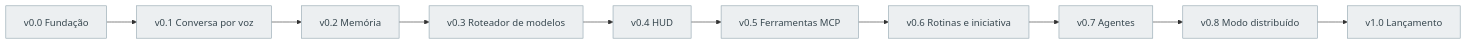
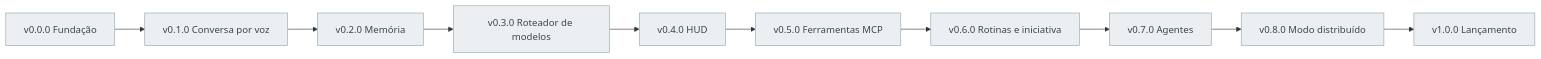
The second of 4 diagrams in docs/MAPA_MENTAL.md (Gabitoprof/Nora), drawn with Mermaid before and after one commit. The commit also changed other lines of this file and 3 other files, not shown here.

First line of the commit message:
docs: switch roadmap to three-part semantic versions

````diff
--- a/docs/MAPA_MENTAL.md
+++ b/docs/MAPA_MENTAL.md
@@ -89,16 +91,16 @@
 ```mermaid
 flowchart LR
-  v00["v0.0 Fundação"]:::pend --> v01["v0.1 Conversa por voz"]:::pend
-  v01 --> v02["v0.2 Memória"]:::pend
-  v02 --> v03["v0.3 Roteador de modelos"]:::pend
-  v03 --> v04["v0.4 HUD"]:::pend
-  v04 --> v05["v0.5 Ferramentas MCP"]:::pend
-  v05 --> v06["v0.6 Rotinas e iniciativa"]:::pend
-  v06 --> v07["v0.7 Agentes"]:::pend
-  v07 --> v08["v0.8 Modo distribuído"]:::pend
-  v08 --> v10["v1.0 Lançamento"]:::pend
+  v00["v0.0.0 Fundação"]:::pend --> v01["v0.1.0 Conversa por voz"]:::pend
+  v01 --> v02["v0.2.0 Memória"]:::pend
+  v02 --> v03["v0.3.0 Roteador de modelos"]:::pend
+  v03 --> v04["v0.4.0 HUD"]:::pend
+  v04 --> v05["v0.5.0 Ferramentas MCP"]:::pend
+  v05 --> v06["v0.6.0 Rotinas e iniciativa"]:::pend
+  v06 --> v07["v0.7.0 Agentes"]:::pend
+  v07 --> v08["v0.8.0 Modo distribuído"]:::pend
+  v08 --> v10["v1.0.0 Lançamento"]:::pend
 
   classDef done fill:#2e7d32,stroke:#1b5e20,color:#fff
   classDef doing fill:#f9a825,stroke:#f57f17,color:#000
   classDef pend fill:#eceff1,stroke:#90a4ae,color:#37474f
 ```
````
